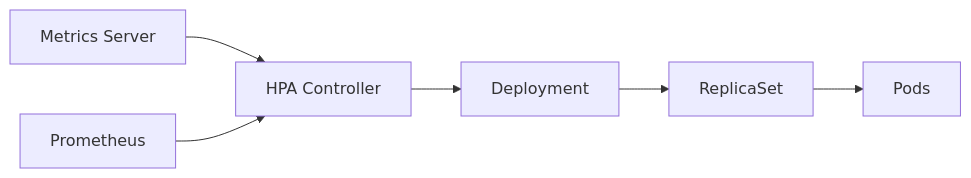
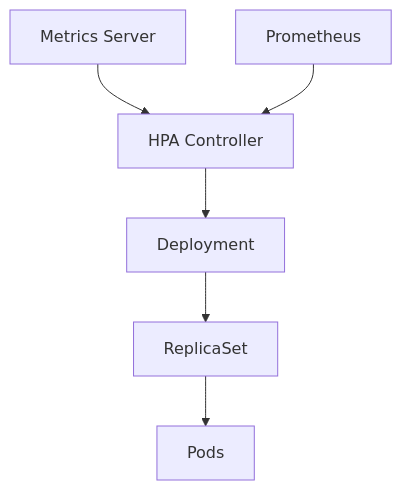
Before and after one commit to jayeshjd555/Kubernetes: diagram 28 of 33 in README.md, drawn with Mermaid. The commit also changed other lines of this file, not shown here.

````diff
--- a/README.md
+++ b/README.md
@@ -10735,8 +10735,8 @@
 ```mermaid
-graph LR
-    A[Metrics Server] --> B[HPA Controller]
-    C[Prometheus] --> B
-    B --> D[Deployment]
-    D --> E[ReplicaSet]
-    E --> F[Pods]
+graph TB
+    MS[Metrics Server] --> HPA[HPA Controller]
+    PM[Prometheus] --> HPA
+    HPA --> DEP[Deployment]
+    DEP --> RS[ReplicaSet]
+    RS --> PODS[Pods]
 ```
````
